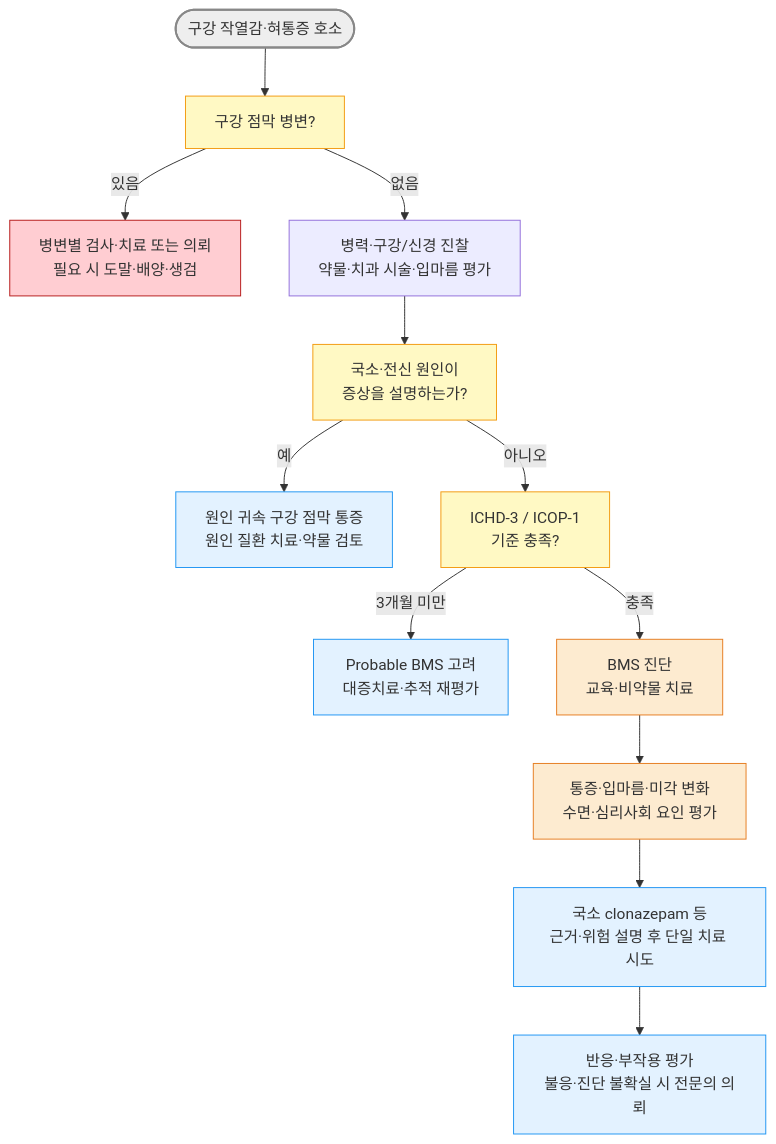
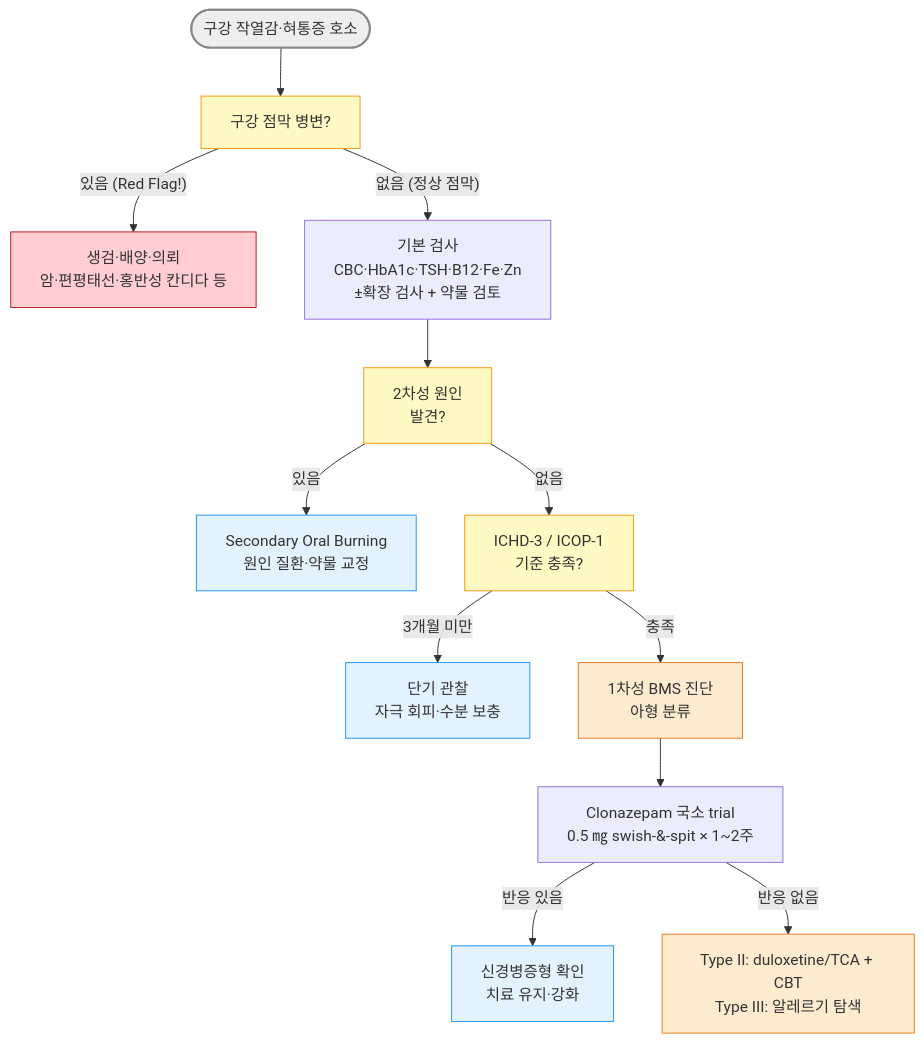
The diagram in 222_/057_-glossodynia-burning-mouth.md (familyoh77/familyoh77), drawn with Mermaid before and after one commit. The commit also changed other lines of this file and 1 other file, not shown here.

````diff
--- a/222_/057_-glossodynia-burning-mouth.md
+++ b/222_/057_-glossodynia-burning-mouth.md
@@ -135,22 +118,22 @@
 ```mermaid
 flowchart TD
     A(["구강 작열감·혀통증 호소"]) --> B["구강 점막 병변?"]
-    B -->|"있음"| C["병변별 검사·치료 또는 의뢰<br/>필요 시 도말·배양·생검"]
-    B -->|"없음"| D["병력·구강/신경 진찰<br/>약물·치과 시술·입마름 평가"]
-    D --> E["국소·전신 원인이<br/>증상을 설명하는가?"]
-    E -->|"예"| F["원인 귀속 구강 점막 통증<br/>원인 질환 치료·약물 검토"]
-    E -->|"아니오"| G["ICHD-3 / ICOP-1<br/>기준 충족?"]
-    G -->|"3개월 미만"| H["Probable BMS 고려<br/>대증치료·추적 재평가"]
-    G -->|"충족"| I["BMS 진단<br/>교육·비약물 치료"]
-    I --> T["통증·입마름·미각 변화<br/>수면·심리사회 요인 평가"]
-    T --> U["국소 clonazepam 등<br/>근거·위험 설명 후 단일 치료 시도"]
-    U --> V["반응·부작용 평가<br/>불응·진단 불확실 시 전문의 의뢰"]
+    B -->|"있음 (Red Flag!)"| C["생검·배양·의뢰<br/>암·편평태선·홍반성 칸디다 등"]
+    B -->|"없음 (정상 점막)"| D["기본 검사<br/>CBC·HbA1c·TSH·B12·Fe·Zn<br/>±확장 검사 + 약물 검토"]
+    D --> E["2차성 원인<br/>발견?"]
+    E -->|"있음"| F["Secondary Oral Burning<br/>원인 질환·약물 교정"]
+    E -->|"없음"| G["ICHD-3 / ICOP-1<br/>기준 충족?"]
+    G -->|"3개월 미만"| H["단기 관찰<br/>자극 회피·수분 보충"]
+    G -->|"충족"| I["1차성 BMS 진단<br/>아형 분류"]
+    I --> T["Clonazepam 국소 trial<br/>0.5 ㎎ swish-&-spit × 1~2주"]
+    T -->|"반응 있음"| U["신경병증형 확인<br/>치료 유지·강화"]
+    T -->|"반응 없음"| V["Type II: duloxetine/TCA + CBT<br/>Type III: 알레르기 탐색"]
 style A fill:#eeeeee,stroke:#888888,stroke-width:2px
 style C fill:#ffcdd2,stroke:#b71c1c
 classDef yellow fill:#fff9c4,stroke:#f39c12
 class B,E,G yellow
 classDef sky fill:#e3f2ff,stroke:#2196f3
-class F,H,U,V sky
+class F,H,U sky
 classDef orange fill:#fdebd0,stroke:#e67e22
-class I,T orange
+class I,V orange
 ```
````
